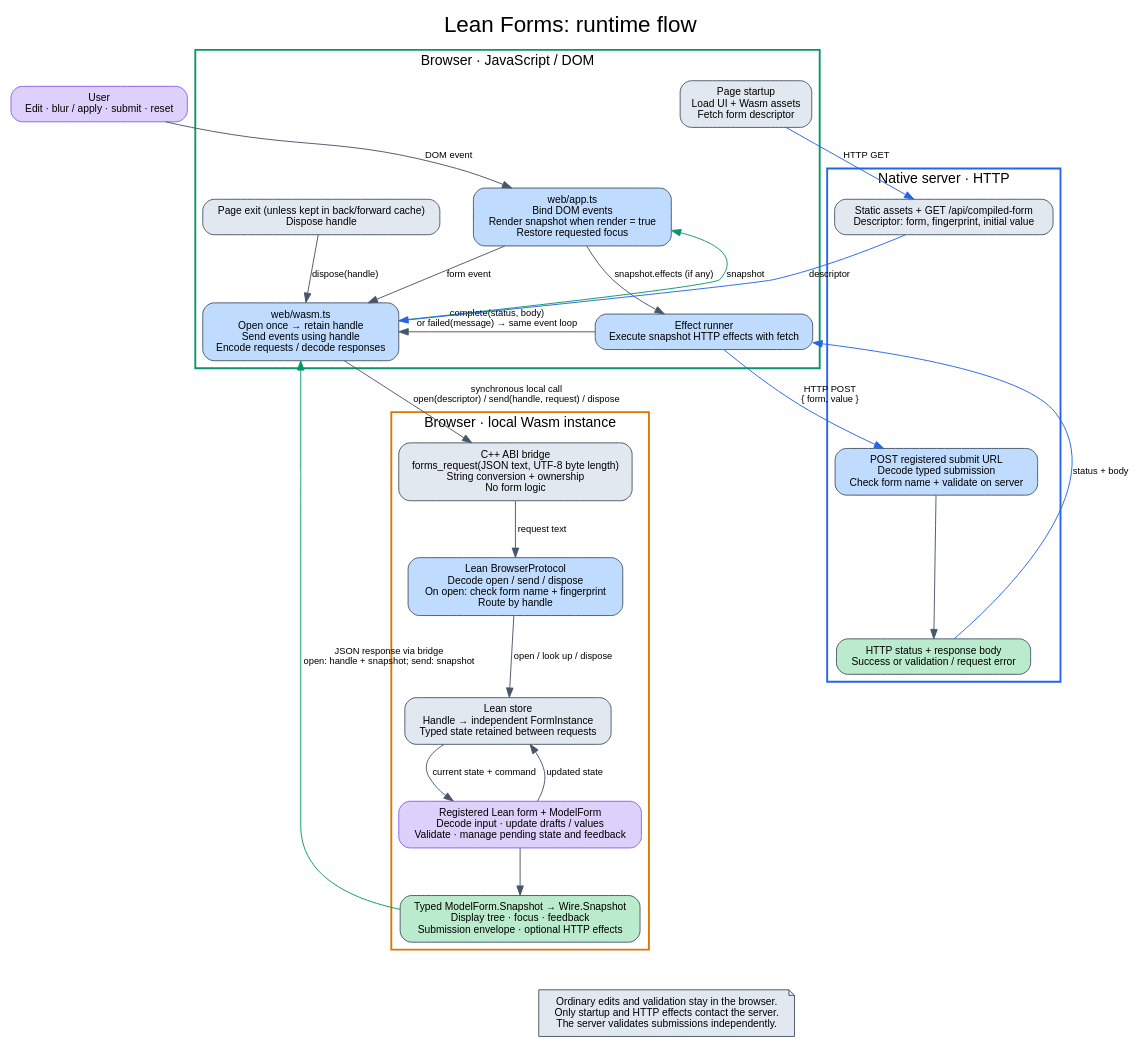
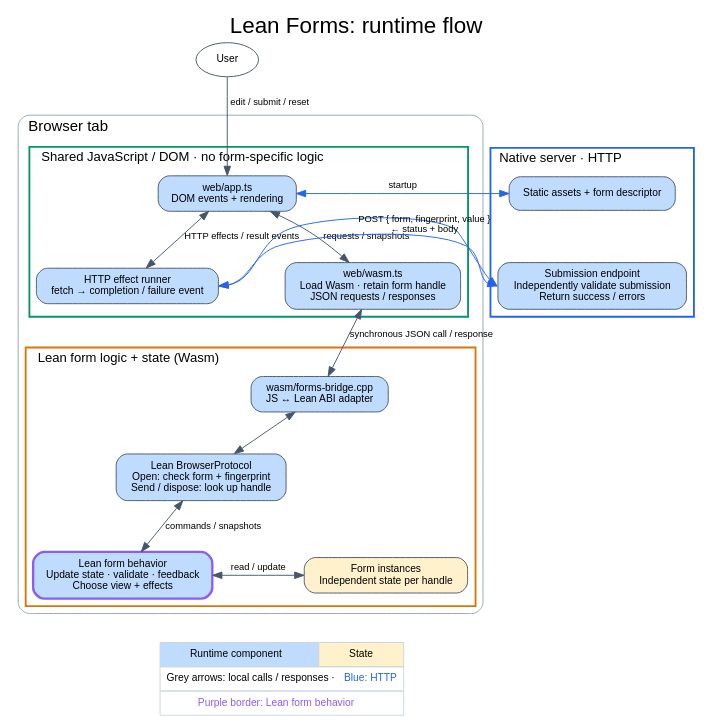
One commit to jan-blp/lean-forms changed the diagram in diagrams/runtime-flow.dot. Above: the diagram before and after it, drawn with Graphviz. The commit also changed 19 other files, not shown here.

```diff
--- a/diagrams/runtime-flow.dot
+++ b/diagrams/runtime-flow.dot
@@ -1,63 +1,65 @@
 // Render PDF and SVG: make -C diagrams
-// Shows runtime responsibilities and messages, not compilation steps.
+// Logical runtime flow; responses return through the C++ bridge and JS adapter.
 digraph RuntimeFlow {
   graph [label="Lean Forms: runtime flow" labelloc=t fontsize=24 fontname="sans-serif"
-    rankdir=TB newrank=true nodesep=0.5 ranksep=0.7 bgcolor="white"];
-  node [shape=box style="rounded,filled" fillcolor="#e2e8f0" color="#475569"
+    rankdir=TB newrank=true nodesep=0.5 ranksep=0.6 bgcolor="white"];
+  node [shape=box style="rounded,filled" fillcolor="#bfdbfe" color="#475569"
     fontname="sans-serif" fontsize=11 margin="0.15,0.10"];
   edge [color="#475569" fontname="sans-serif" fontsize=10];
 
-  user [label="User\nEdit · blur / apply · submit · reset" fillcolor="#ddd0fa" color="#8b5cf6"];
+  user [shape=ellipse style=filled fillcolor=white label="User"];
 
-  subgraph cluster_browser {
-    label="Browser · JavaScript / DOM";
-    color="#059669"; penwidth=2; fontsize=15;
-    page [label="Page startup\nLoad UI + Wasm assets\nFetch form descriptor"];
-    ui [label="web/app.ts\nBind DOM events\nRender snapshot when render = true\nRestore requested focus" fillcolor="#bfdbfe"];
-    adapter [label="web/wasm.ts\nOpen once → retain handle\nSend events using handle\nEncode requests / decode responses" fillcolor="#bfdbfe"];
-    effects [label="Effect runner\nExecute snapshot HTTP effects with fetch" fillcolor="#bfdbfe"];
-    dispose [label="Page exit (unless kept in back/forward cache)\nDispose handle"];
-  }
+  subgraph cluster_tab {
+    label="Browser tab";
+    fontsize=16; labeljust=l; labelloc=t; color="#94a3b8"; style=rounded;
 
-  subgraph cluster_wasm {
-    label="Browser · local Wasm instance";
-    color="#d97706"; penwidth=2; fontsize=15;
-    bridge [label="C++ ABI bridge\nforms_request(JSON text, UTF-8 byte length)\nString conversion + ownership\nNo form logic"];
-    protocol [label="Lean BrowserProtocol\nDecode open / send / dispose\nOn open: check form name + fingerprint\nRoute by handle" fillcolor="#bfdbfe"];
-    store [label="Lean store\nHandle → independent FormInstance\nTyped state retained between requests"];
-    form [label="Registered Lean form + ModelForm\nDecode input · update drafts / values\nValidate · manage pending state and feedback" fillcolor="#ddd0fa" color="#8b5cf6"];
-    snapshot [label="Typed ModelForm.Snapshot → Wire.Snapshot\nDisplay tree · focus · feedback\nSubmission envelope · optional HTTP effects" fillcolor="#bbebcd"];
-    bridge -> protocol [label="request text"];
-    protocol -> store [label="open / look up / dispose"];
-    store -> form [label="current state + command"];
-    form -> store [label="updated state" constraint=false];
-    form -> snapshot;
+    subgraph cluster_js {
+      label="Shared JavaScript / DOM · no form-specific logic";
+      fontsize=14; labeljust=l; labelloc=t; color="#059669"; penwidth=2; style="";
+      ui [label="web/app.ts\nDOM events + rendering"];
+      adapter [label="web/wasm.ts\nLoad Wasm · retain form handle\nJSON requests / responses"];
+      effects [label="HTTP effect runner\nfetch → completion / failure event"];
+      ui -> adapter [label="requests / snapshots" dir=both];
+      ui -> effects [label="HTTP effects / result events" dir=both];
+    }
+
+    subgraph cluster_wasm {
+      label="Lean form logic + state (Wasm)";
+      fontsize=14; labeljust=l; labelloc=t; color="#d97706"; penwidth=2; style="";
+      bridge [label="wasm/forms-bridge.cpp\nJS ↔ Lean ABI adapter"];
+      protocol [label="Lean BrowserProtocol\nOpen: check form + fingerprint\nSend / dispose: look up handle"];
+      store [label="Form instances\nIndependent state per handle" fillcolor="#fff1cc"];
+      form [label="Lean form behavior\nUpdate state · validate · feedback\nChoose view + effects" color="#8b5cf6" penwidth=2.5];
+      bridge -> protocol [dir=both];
+      protocol -> form [label="commands / snapshots" dir=both];
+      form -> store [label="read / update" dir=both];
+      { rank=same; form; store; }
+    }
+    adapter -> bridge [label="synchronous JSON call / response" dir=both];
   }
 
   subgraph cluster_server {
     label="Native server · HTTP";
-    color="#2563eb"; penwidth=2; fontsize=15;
-    assets [label="Static assets + GET /api/compiled-form\nDescriptor: form, fingerprint, initial value"];
-    submit [label="POST registered submit URL\nDecode typed submission\nCheck form name + validate on server" fillcolor="#bfdbfe"];
-    response [label="HTTP status + response body\nSuccess or validation / request error" fillcolor="#bbebcd"];
-    submit -> response;
+    fontsize=14; labeljust=l; labelloc=t; color="#2563eb"; penwidth=2;
+    files [label="Static assets + form descriptor"];
+    submit [label="Submission endpoint\nIndependently validate submission\nReturn success / errors"];
+    files -> submit [style=invis];
   }
 
-  page -> assets [label="HTTP GET" color="#2563eb"];
-  assets -> adapter [label="descriptor" color="#2563eb"];
-  user -> ui [label="DOM event"];
-  ui -> adapter [label="form event"];
-  dispose -> adapter [label="dispose(handle)"];
-  adapter -> bridge [label="synchronous local call\nopen(descriptor) / send(handle, request) / dispose"];
-  snapshot -> adapter [label="JSON response via bridge\nopen: handle + snapshot; send: snapshot" color="#059669"];
-  adapter -> ui [label="snapshot" color="#059669" constraint=false];
-  ui -> effects [label="snapshot.effects (if any)"];
-  effects -> submit [label="HTTP POST\n{ form, value }" color="#2563eb"];
-  response -> effects [label="status + body" color="#2563eb" constraint=false];
-  effects -> adapter [label="complete(status, body)\nor failed(message) → same event loop" constraint=false];
+  user -> ui [label="edit / submit / reset"];
+  ui -> files [label="startup" color="#2563eb" dir=both constraint=false];
+  effects:e -> submit:w [xlabel="POST { form, fingerprint, value }\n← status + body" color="#2563eb" dir=both];
+  { rank=same; ui; files; }
+  { rank=same; adapter; effects; submit; }
+  adapter -> effects [style=invis weight=100];
 
-  note [shape=note fillcolor="#e2e8f0"
-    label="Ordinary edits and validation stay in the browser.\nOnly startup and HTTP effects contact the server.\nThe server validates submissions independently."];
-  snapshot -> note [style=invis];
-  response -> note [style=invis];
+  guide [shape=plain style="" label=<
+    <TABLE BORDER="0" CELLBORDER="1" CELLSPACING="0" CELLPADDING="6" COLOR="#cbd5e1" BGCOLOR="white">
+      <TR><TD BGCOLOR="#bfdbfe">Runtime component</TD><TD BGCOLOR="#fff1cc">State</TD></TR>
+      <TR><TD COLSPAN="2">Grey arrows: local calls / responses · <FONT COLOR="#2563eb">Blue: HTTP</FONT></TD></TR>
+      <TR><TD COLSPAN="2"><FONT COLOR="#8b5cf6">Purple border: Lean form behavior</FONT></TD></TR>
+    </TABLE>
+  >];
+  form -> guide [style=invis];
+  store -> guide [style=invis];
 }
```
